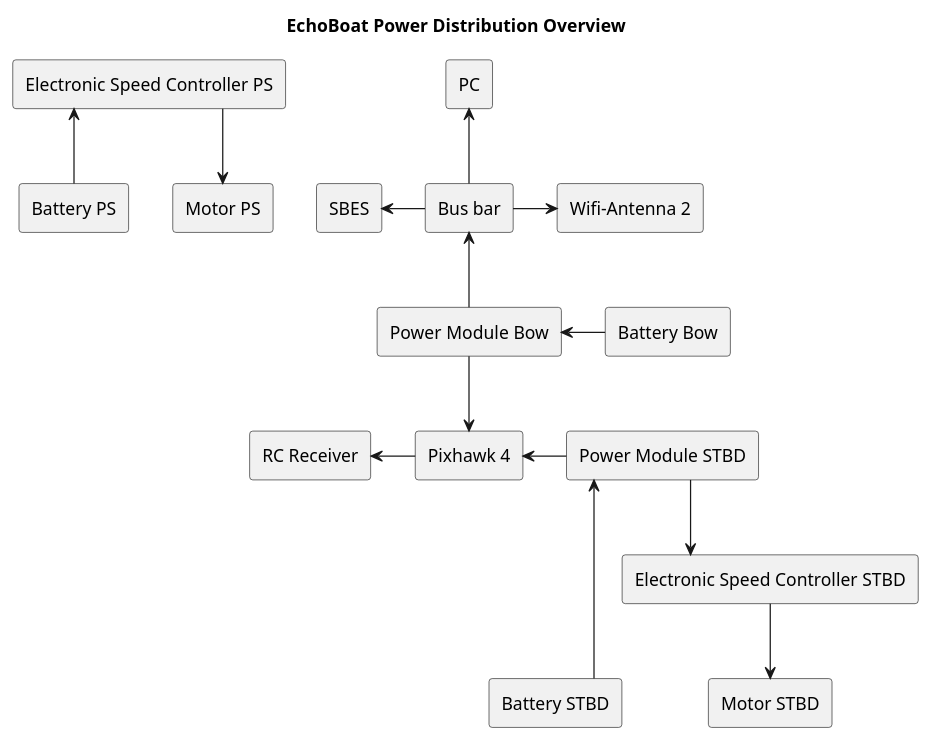
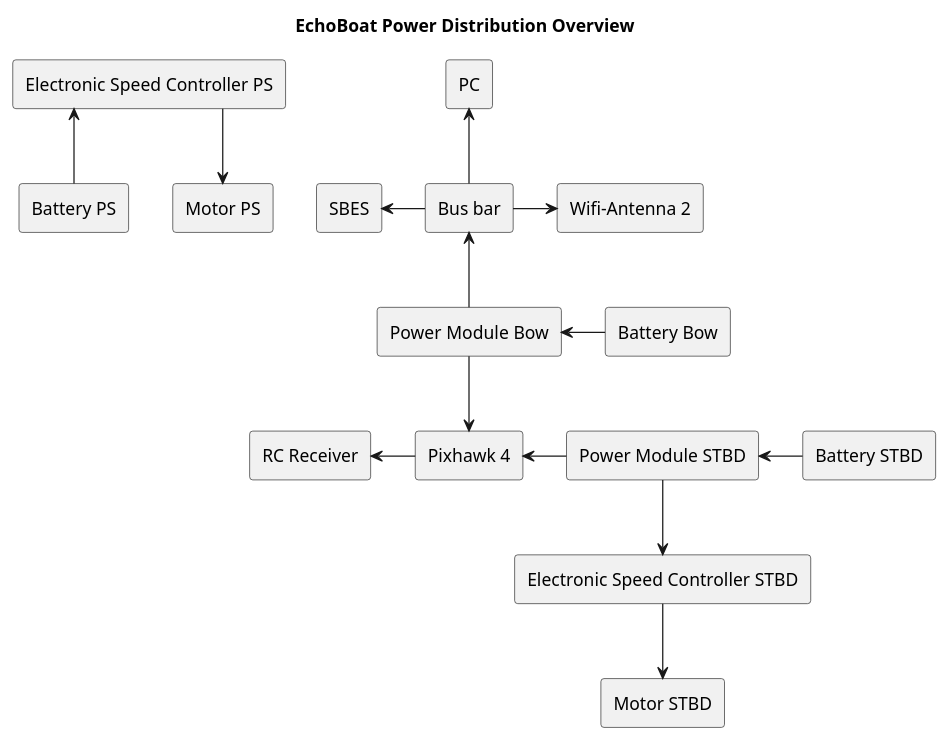
The diagram in electrical_plans/overview/overview power.plantuml (MalteBiermann/EchoBoat), drawn with PlantUML before and after one commit. The commit also changed 1 other file, not shown here.

```diff
--- a/electrical_plans/overview/overview power.plantuml
+++ b/electrical_plans/overview/overview power.plantuml
@@ -1,57 +1,57 @@
 @startuml
 title "EchoBoat Power Distribution Overview"
 skinparam componentStyle rectangle
 skinparam linetype ortho
 
 component "Pixhawk 4" as PH
 component "PC"
 component "SBES"
 ' component "IMU"
 ' component "LIDAR"
 ' component "GNSS 2" as GNSS2
 component "Power Module STBD" as PMstbd
 component "Power Module Bow" as PMbow
 component "Bus bar" as Busbar
 
 component "Battery PS"
 component "Battery STBD"
 component "Battery Bow"
 
 together {
 component "Electronic Speed Controller PS" as ESCps
 component "Electronic Speed Controller STBD" as ESCstbd
 }
 
 component "Motor PS"
 component "Motor STBD"
 component "RC Receiver" as RCtrans
 
 component "Wifi-Antenna 2" as Wifi2
 
 PH -l-> RCtrans
 
 [Battery Bow] -l-> PMbow
 
 PMbow -up-> Busbar
 PMbow -down-> PH
 
 Busbar -u-> PC
 Busbar -l-> SBES
 Busbar -r-> Wifi2
 
 ' Busbar .> LIDAR
 ' Busbar .> GNSS2
 ' Busbar .> IMU
 
 PMstbd -left-> PH
 
 
-[Battery STBD] --up-> PMstbd
+[Battery STBD] -left-> PMstbd
 [Battery PS] -up-> ESCps
 [PMstbd] --> ESCstbd
 
 ESCps -down-> [Motor PS]
 ESCstbd -down-> [Motor STBD]
 
 ' hide @unlinked
 @enduml
```
